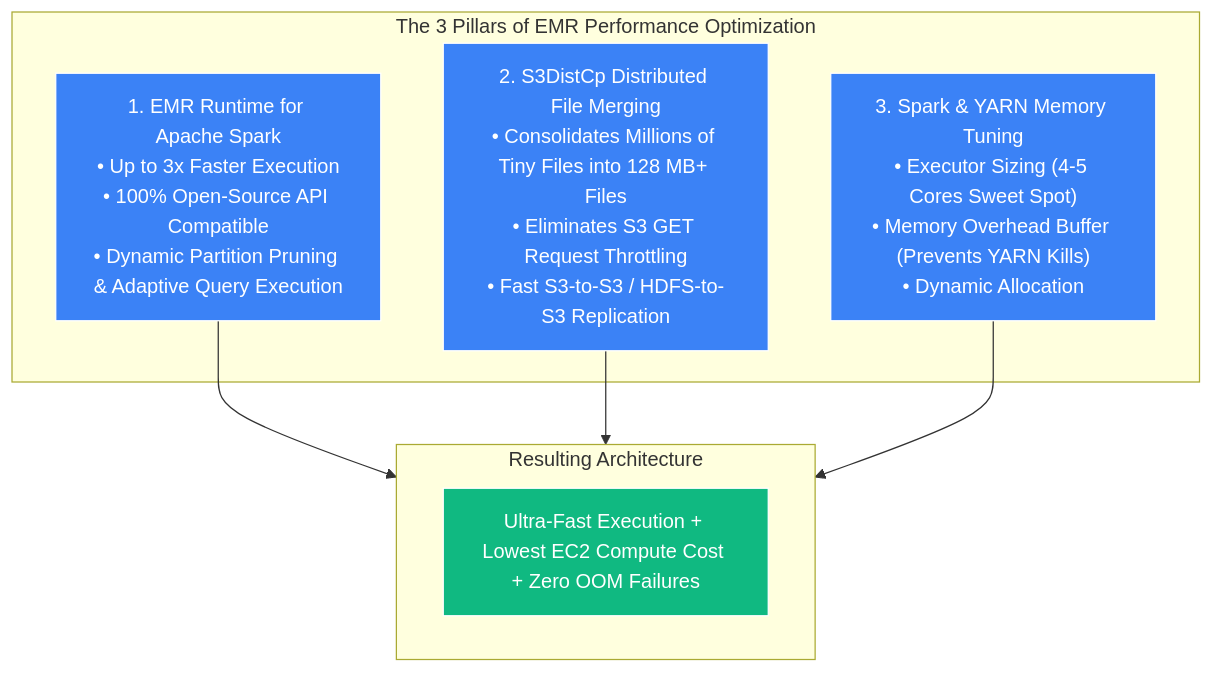
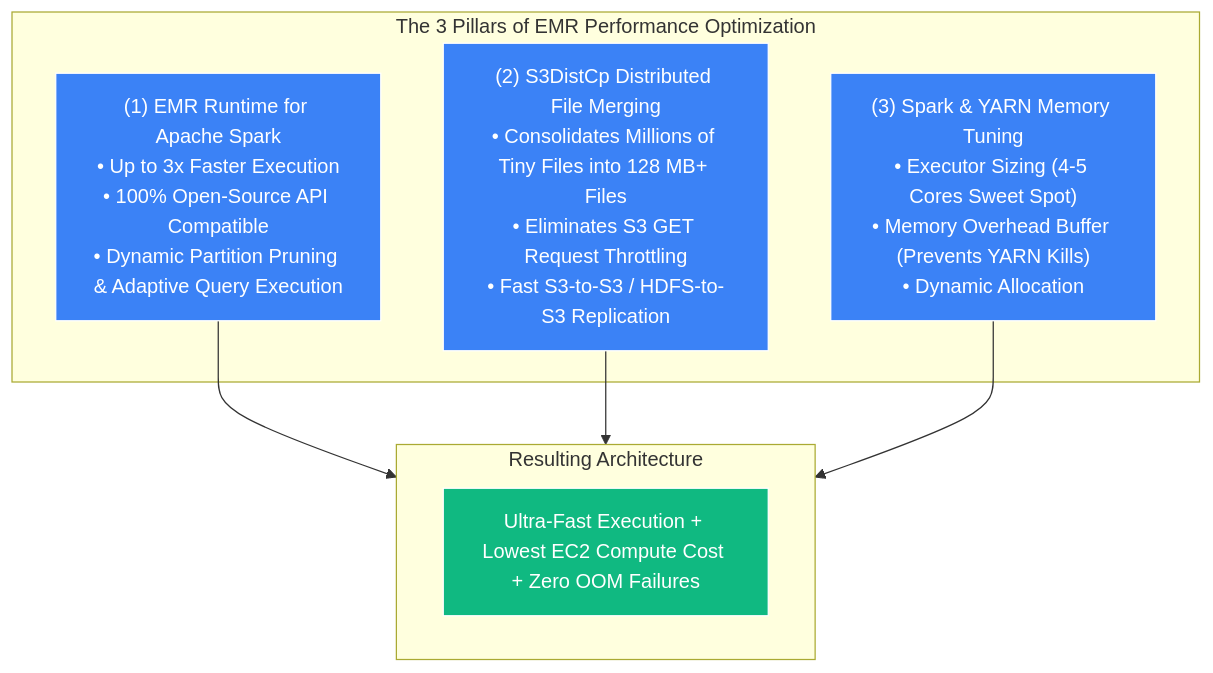
The first of 3 diagrams in content/en/02-services/analytics-streaming/emr/emr-performance-optimization.md (Wathon/aws-dea-c01-note), drawn with Mermaid before and after one commit. The commit also changed 49 other files, not shown here.

Commit message:
Fix 'Unsupported markdown: list' Mermaid rendering issues across all English and Burmese notes

````diff
--- a/content/en/02-services/analytics-streaming/emr/emr-performance-optimization.md
+++ b/content/en/02-services/analytics-streaming/emr/emr-performance-optimization.md
@@ -31,22 +31,22 @@
 ```mermaid
 graph TD
     subgraph EMRPerformancePillars["The 3 Pillars of EMR Performance Optimization"]
-        Pillar1["1. EMR Runtime for Apache Spark<br>• Up to 3x Faster Execution<br>• 100% Open-Source API Compatible<br>• Dynamic Partition Pruning & Adaptive Query Execution"]
-        Pillar2["2. S3DistCp Distributed File Merging<br>• Consolidates Millions of Tiny Files into 128 MB+ Files<br>• Eliminates S3 GET Request Throttling<br>• Fast S3-to-S3 / HDFS-to-S3 Replication"]
-        Pillar3["3. Spark & YARN Memory Tuning<br>• Executor Sizing (4-5 Cores Sweet Spot)<br>• Memory Overhead Buffer (Prevents YARN Kills)<br>• Dynamic Allocation"]
+        Pillar1["(1) EMR Runtime for Apache Spark<br>• Up to 3x Faster Execution<br>• 100% Open-Source API Compatible<br>• Dynamic Partition Pruning & Adaptive Query Execution"]
+        Pillar2["(2) S3DistCp Distributed File Merging<br>• Consolidates Millions of Tiny Files into 128 MB+ Files<br>• Eliminates S3 GET Request Throttling<br>• Fast S3-to-S3 / HDFS-to-S3 Replication"]
+        Pillar3["(3) Spark & YARN Memory Tuning<br>• Executor Sizing (4-5 Cores Sweet Spot)<br>• Memory Overhead Buffer (Prevents YARN Kills)<br>• Dynamic Allocation"]
     end
 
     subgraph OptimalOutcome["Resulting Architecture"]
         Speed["Ultra-Fast Execution + Lowest EC2 Compute Cost + Zero OOM Failures"]
     end
 
     Pillar1 --> OptimalOutcome
     Pillar2 --> OptimalOutcome
     Pillar3 --> OptimalOutcome
 
     classDef pillar fill:#3b82f6,stroke:#fff,stroke-width:1px,color:#fff;
     classDef good fill:#10b981,stroke:#fff,stroke-width:1px,color:#fff;
 
     class Pillar1,Pillar2,Pillar3 pillar;
     class Speed good;
 ```
````
